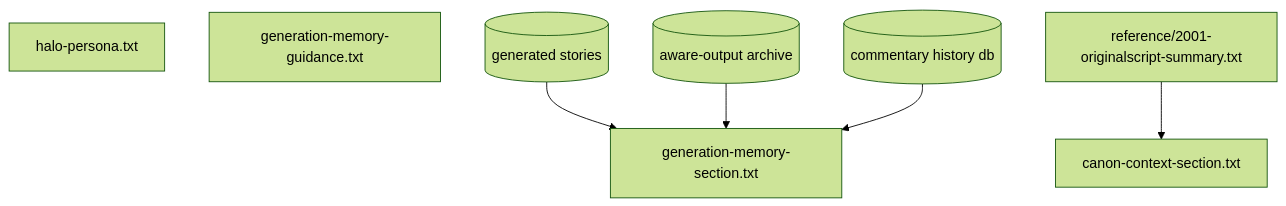
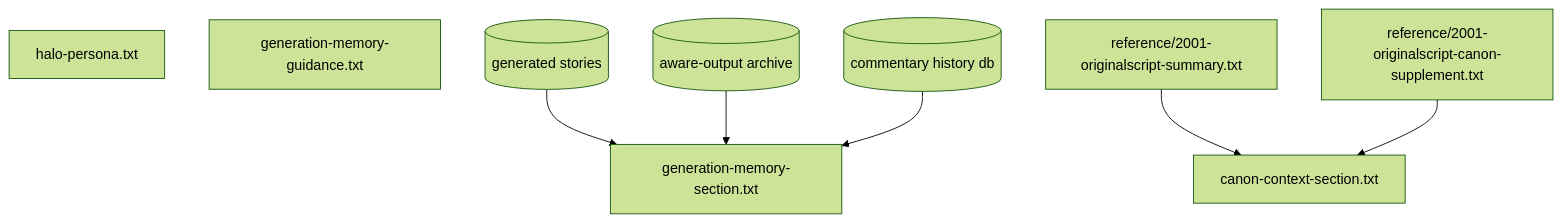
One commit to miPwn/mercury-tts changed the first of 4 diagrams in prompts/halo/prompts-guide.md. Above: the diagram before and after it, drawn with Mermaid (forest theme). The commit also changed other lines of this file and 24 other files, not shown here.

````diff
--- a/prompts/halo/prompts-guide.md
+++ b/prompts/halo/prompts-guide.md
@@ -42,16 +75,18 @@
 ```mermaid
 flowchart TD
     Persona[halo-persona.txt]
     MemoryGuidance[generation-memory-guidance.txt]
     PriorStories[(generated stories)]
     PriorAware[(aware-output archive)]
     CommentaryHistory[(commentary history db)]
     MemorySection[generation-memory-section.txt]
     CanonSummary[reference/2001-originalscript-summary.txt]
+    CanonSupplement[reference/2001-originalscript-canon-supplement.txt]
     CanonSection[canon-context-section.txt]
 
     PriorStories --> MemorySection
     PriorAware --> MemorySection
     CommentaryHistory --> MemorySection
     CanonSummary --> CanonSection
+    CanonSupplement --> CanonSection
 ```
````
